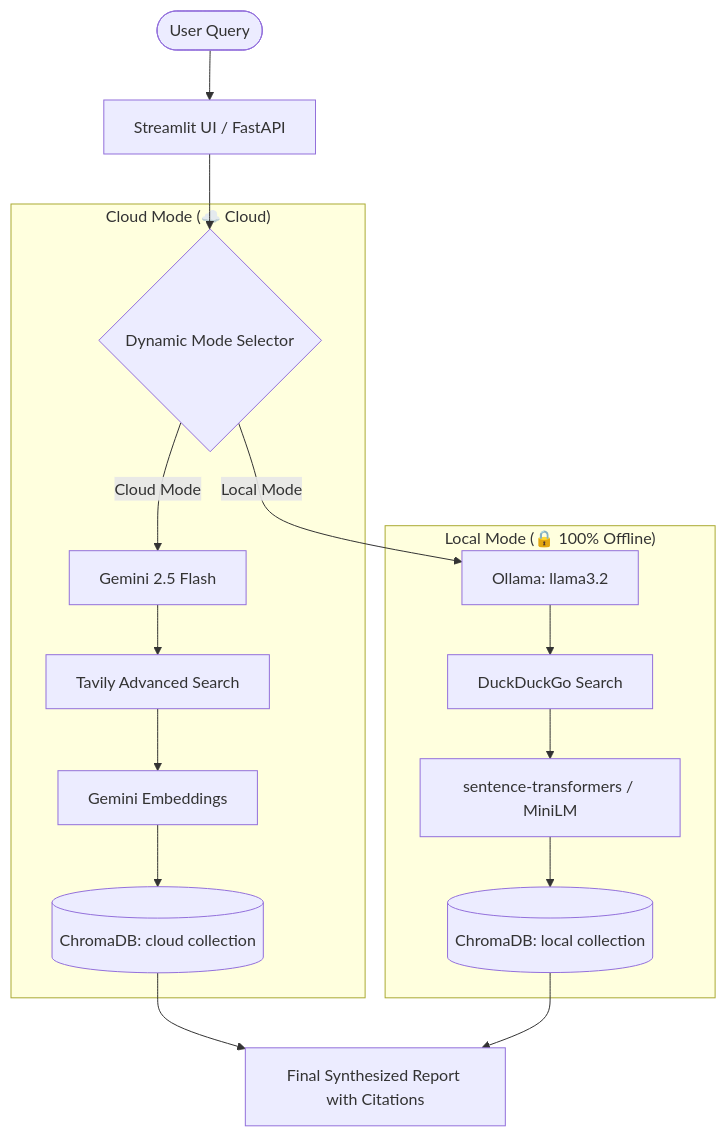
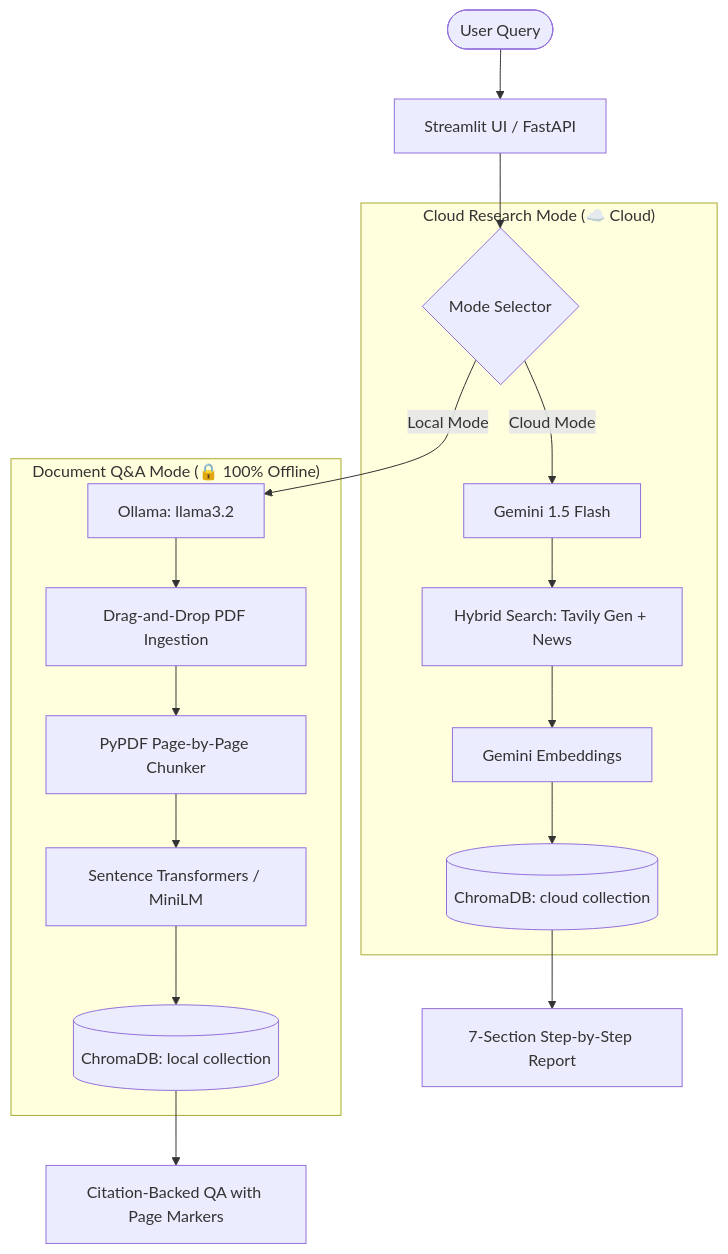
The diagram in README.md (abhishekdev-ap/Reserch-AI-Agent), drawn with Mermaid before and after one commit. The commit also changed other lines of this file and 6 other files, not shown here.

Commit message:
Implement local Document Q&A RAG Mode, hybrid financial search relevance, 7-section structured reporting, and update documentation

````diff
--- a/README.md
+++ b/README.md
@@ -13,22 +13,23 @@
 ```mermaid
 graph TD
     User([User Query]) --> UI[Streamlit UI / FastAPI]
-    UI --> Router{Dynamic Mode Selector}
+    UI --> Router{Mode Selector}
     
-    subgraph "Cloud Mode (☁️ Cloud)"
-        Router -->|Cloud Mode| Gemini[Gemini 2.5 Flash]
-        Gemini --> Tavily[Tavily Advanced Search]
-        Tavily --> GeminiEmbed[Gemini Embeddings]
+    subgraph "Cloud Research Mode (☁️ Cloud)"
+        Router -->|Cloud Mode| Gemini[Gemini 1.5 Flash]
+        Gemini --> HybridSearch[Hybrid Search: Tavily Gen + News]
+        HybridSearch --> GeminiEmbed[Gemini Embeddings]
         GeminiEmbed --> ChromaCloud[(ChromaDB: cloud collection)]
     end
 
-    subgraph "Local Mode (🔒 100% Offline)"
+    subgraph "Document Q&A Mode (🔒 100% Offline)"
         Router -->|Local Mode| Ollama[Ollama: llama3.2]
-        Ollama --> DDG[DuckDuckGo Search]
-        DDG --> LocalEmbed[sentence-transformers / MiniLM]
-        LocalEmbed --> ChromaLocal[(ChromaDB: local collection)]
+        Ollama --> PDFUploader[Drag-and-Drop PDF Ingestion]
+        PDFUploader --> PyPDFParser[PyPDF Page-by-Page Chunker]
+        PyPDFParser --> HFEmbed[Sentence Transformers / MiniLM]
+        HFEmbed --> ChromaLocal[(ChromaDB: local collection)]
     end
 
-    ChromaCloud --> Report[Final Synthesized Report with Citations]
-    ChromaLocal --> Report
+    ChromaCloud --> Report[7-Section Step-by-Step Report]
+    ChromaLocal --> QACitation[Citation-Backed QA with Page Markers]
 ```
````
